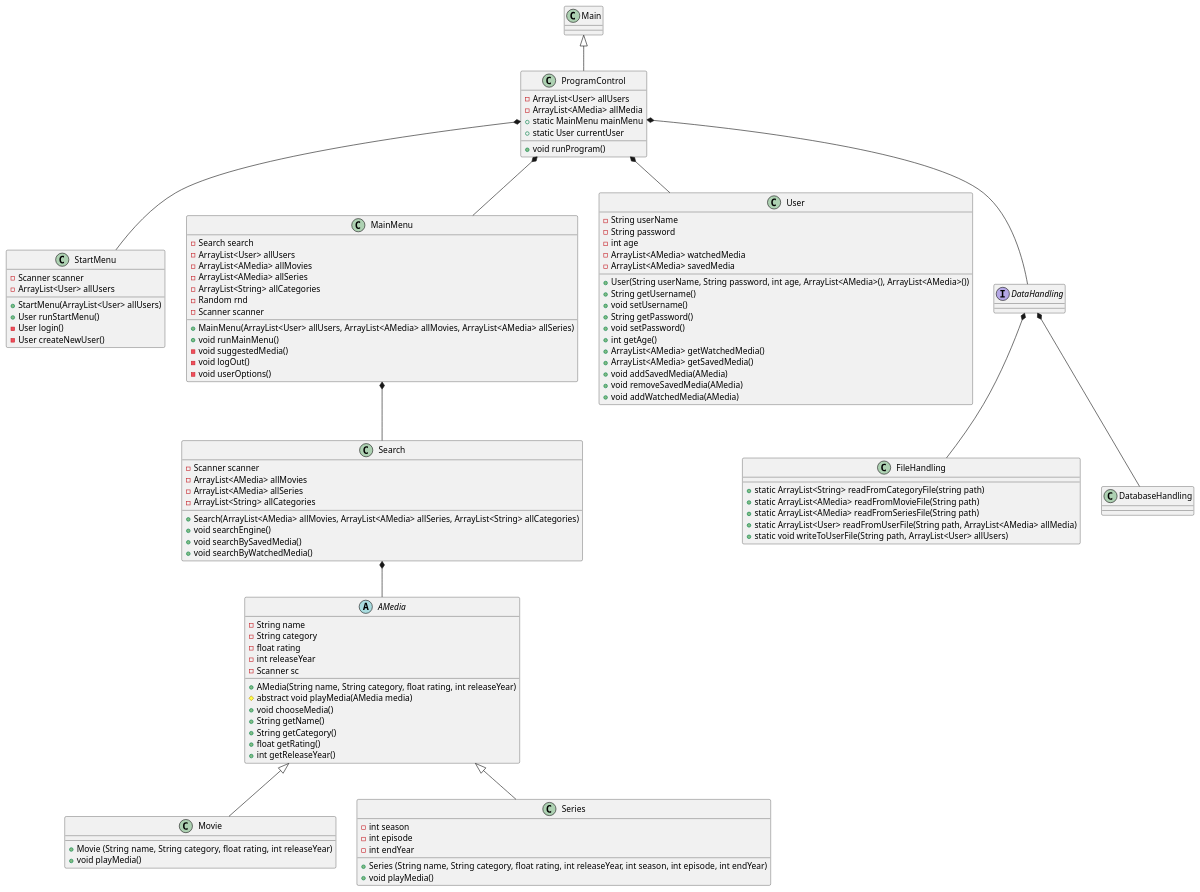
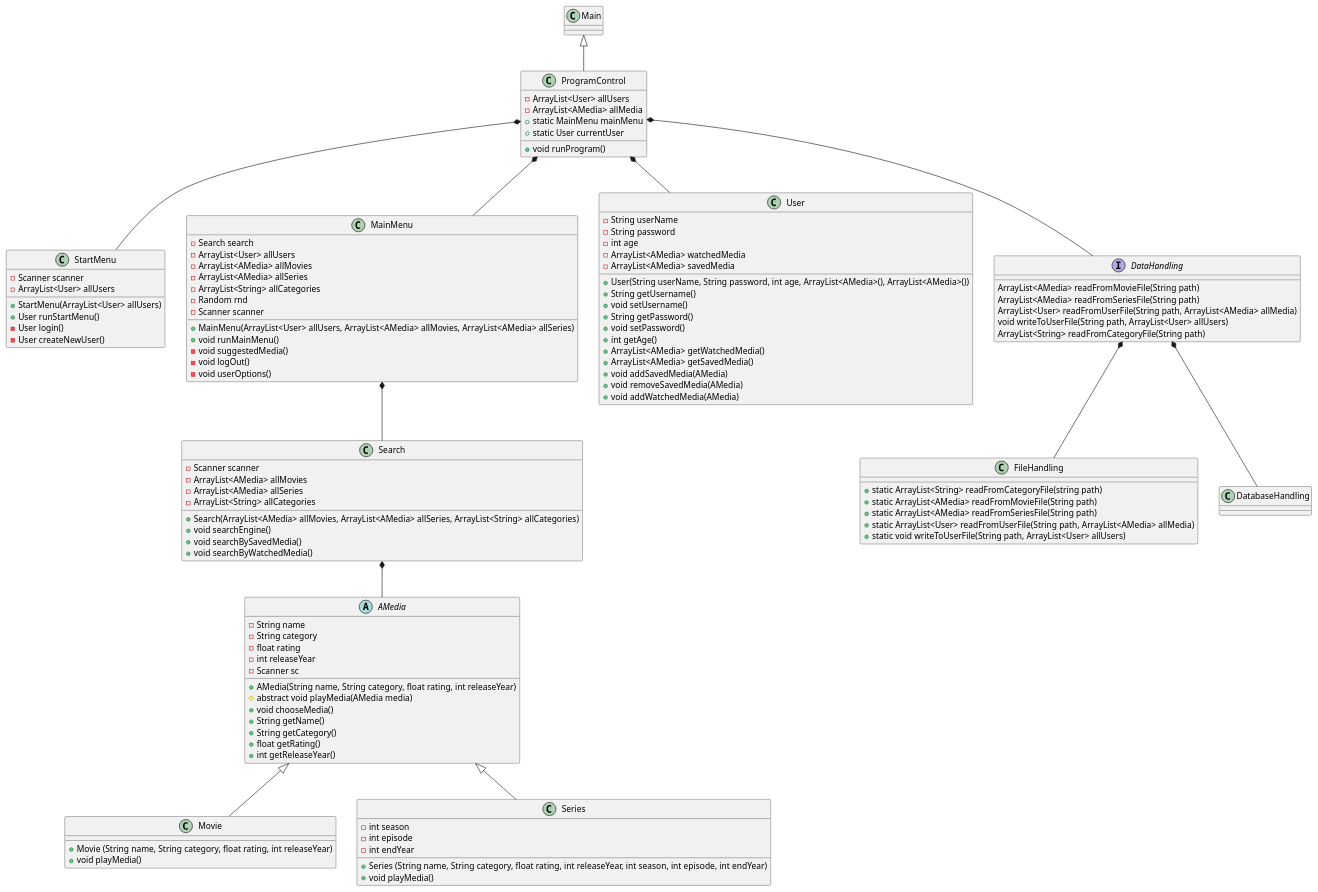
Before and after one commit to MrJustMeDahl/SP3---Streamingtjeneste: the diagram in Design/Streamingservice design.puml, drawn with PlantUML. The commit also changed 1 other file, not shown here.

Commit message:
Created a DataHandling Interface

```diff
--- a/Design/Streamingservice design.puml
+++ b/Design/Streamingservice design.puml
@@ -1,116 +1,122 @@
 @startuml
 class Main
 Main <|-- ProgramControl
 ProgramControl *-- StartMenu
 ProgramControl *-- MainMenu
 ProgramControl *-- User
 ProgramControl *-- DataHandling
 DataHandling *-- FileHandling
 DataHandling *-- DatabaseHandling
 MainMenu *-- Search
 Search *-- AMedia
 AMedia <|-- Movie
 AMedia <|-- Series
 
-interface DataHandling
+interface DataHandling{
+ArrayList<AMedia> readFromMovieFile(String path)
+    ArrayList<AMedia> readFromSeriesFile(String path)
+    ArrayList<User> readFromUserFile(String path, ArrayList<AMedia> allMedia)
+    void writeToUserFile(String path, ArrayList<User> allUsers)
+    ArrayList<String> readFromCategoryFile(String path)
+    }
 
 class DatabaseHandling
 
 class Search{
 - Scanner scanner
 - ArrayList<AMedia> allMovies
 - ArrayList<AMedia> allSeries
 - ArrayList<String> allCategories
 + Search(ArrayList<AMedia> allMovies, ArrayList<AMedia> allSeries, ArrayList<String> allCategories)
 + void searchEngine()
 + void searchBySavedMedia()
 + void searchByWatchedMedia()
 }
 class ProgramControl{
 - ArrayList<User> allUsers
 - ArrayList<AMedia> allMedia
 + static MainMenu mainMenu
 + static User currentUser
 + void runProgram()
 }
 
 class StartMenu{
 - Scanner scanner
 - ArrayList<User> allUsers
 + StartMenu(ArrayList<User> allUsers)
 + User runStartMenu()
 - User login()
 - User createNewUser()
 }
 
 class MainMenu{
 - Search search
 - ArrayList<User> allUsers
 - ArrayList<AMedia> allMovies
 - ArrayList<AMedia> allSeries
 - ArrayList<String> allCategories
 - Random rnd
 - Scanner scanner
 + MainMenu(ArrayList<User> allUsers, ArrayList<AMedia> allMovies, ArrayList<AMedia> allSeries)
 + void runMainMenu()
 - void suggestedMedia()
 - void logOut()
 - void userOptions()
 }
 
 abstract class AMedia{
 - String name
 - String category
 - float rating
 - int releaseYear
 - Scanner sc
 + AMedia(String name, String category, float rating, int releaseYear)
 # abstract void playMedia(AMedia media)
 + void chooseMedia()
 + String getName()
 + String getCategory()
 + float getRating()
 + int getReleaseYear()
 }
 
 class Movie{
 + Movie (String name, String category, float rating, int releaseYear)
 + void playMedia()
 }
 
 class Series{
 - int season
 - int episode
 - int endYear
 + Series (String name, String category, float rating, int releaseYear, int season, int episode, int endYear)
 + void playMedia()
 }
 
 class User{
 - String userName
 - String password
 - int age
 - ArrayList<AMedia> watchedMedia
 - ArrayList<AMedia> savedMedia
 + User(String userName, String password, int age, ArrayList<AMedia>(), ArrayList<AMedia>())
 + String getUsername()
 + void setUsername()
 + String getPassword()
 + void setPassword()
 + int getAge()
 + ArrayList<AMedia> getWatchedMedia()
 + ArrayList<AMedia> getSavedMedia()
 + void addSavedMedia(AMedia)
 + void removeSavedMedia(AMedia)
 + void addWatchedMedia(AMedia)
 }
 
 class FileHandling{
 + static ArrayList<String> readFromCategoryFile(string path)
 + static ArrayList<AMedia> readFromMovieFile(String path)
 + static ArrayList<AMedia> readFromSeriesFile(String path)
 + static ArrayList<User> readFromUserFile(String path, ArrayList<AMedia> allMedia)
 + static void writeToUserFile(String path, ArrayList<User> allUsers)
 }
 
 @enduml
```
